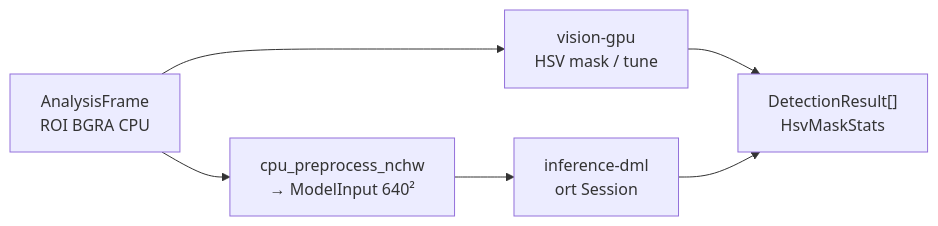
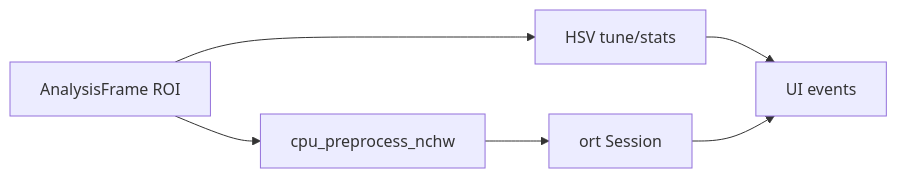
The fifth of 8 diagrams in pages/arch.md (NAMUORI00/display-share), drawn with Mermaid before and after one commit. The commit also changed other lines of this file and 25 other files, not shown here.

First line of the commit message:
docs(wiki): complete pages for current privacy/DXGI architecture

````diff
--- a/pages/arch.md
+++ b/pages/arch.md
@@ -143,11 +135,8 @@
 ```mermaid
 flowchart LR
-  AF["AnalysisFrame<br/>ROI BGRA CPU"]
-  HSV["vision-gpu<br/>HSV mask / tune"]
-  PRE["cpu_preprocess_nchw<br/>→ ModelInput 640²"]
-  INF["inference-dml<br/>ort Session"]
-  OUT["DetectionResult[]<br/>HsvMaskStats"]
-
-  AF --> HSV --> OUT
-  AF --> PRE --> INF --> OUT
+  AF[AnalysisFrame ROI] --> HSV[HSV tune/stats]
+  AF --> NCHW[cpu_preprocess_nchw]
+  NCHW --> INF[ort Session]
+  HSV --> OUT[UI events]
+  INF --> OUT
 ```
````
